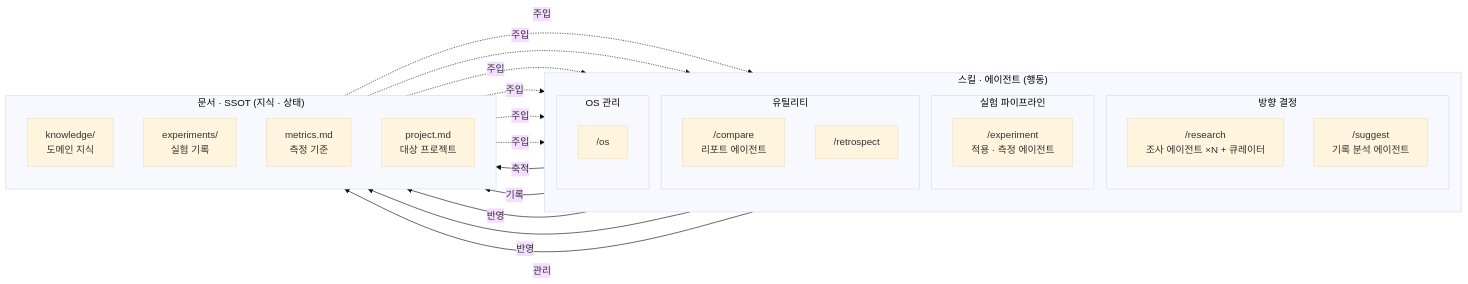
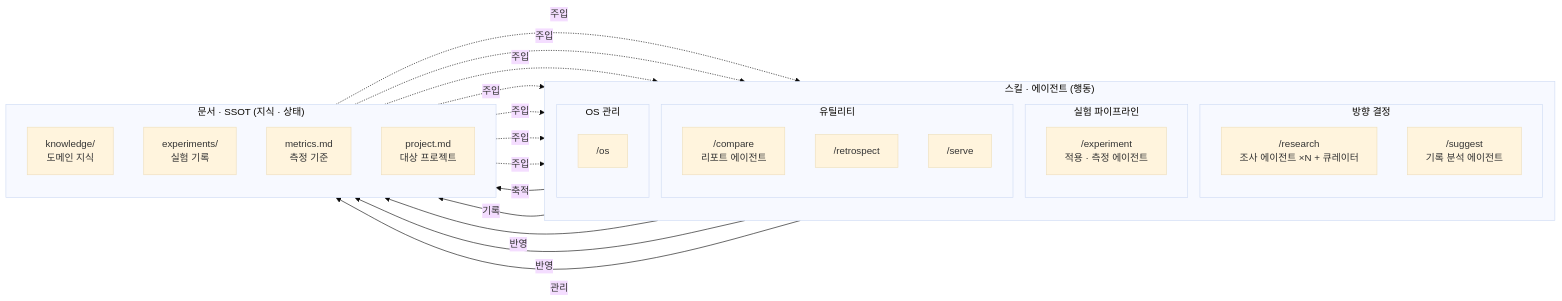
Before and after one commit to next-step/my-claude-code-os: the first of 2 diagrams in OS.md, drawn with Mermaid (base theme). The commit also changed other lines of this file, not shown here.

First line of the commit message:
docs: sync OS catalog and buildout status for batch 3 and /serve

````diff
--- a/OS.md
+++ b/OS.md
@@ -57,38 +58,39 @@
 ```mermaid
 flowchart LR
     subgraph SK["스킬 · 에이전트 (행동)"]
         direction TB
         subgraph D["방향 결정"]
             R["/research<br/>조사 에이전트 ×N + 큐레이터"]
             S["/suggest<br/>기록 분석 에이전트"]
         end
         subgraph PL["실험 파이프라인"]
             E["/experiment<br/>적용 · 측정 에이전트"]
         end
         subgraph U["유틸리티"]
             C["/compare<br/>리포트 에이전트"]
             RT["/retrospect"]
+            SV["/serve"]
         end
         subgraph M["OS 관리"]
             OS["/os"]
         end
     end
 
     subgraph DOC["문서 · SSOT (지식 · 상태)"]
         direction TB
         K["knowledge/<br/>도메인 지식"]
         X["experiments/<br/>실험 기록"]
         MT["metrics.md<br/>측정 기준"]
         PJ["project.md<br/>대상 프로젝트"]
     end
 
     R -- "축적" --> K
     E -- "기록" --> X
     RT -- "반영" --> MT & K
     OS -- "관리" --> PJ
 
     K -. "주입" .-> S & E
     X -. "주입" .-> S & C
     MT -. "주입" .-> E
-    PJ -. "주입" .-> E
+    PJ -. "주입" .-> E & SV
 ```
````
